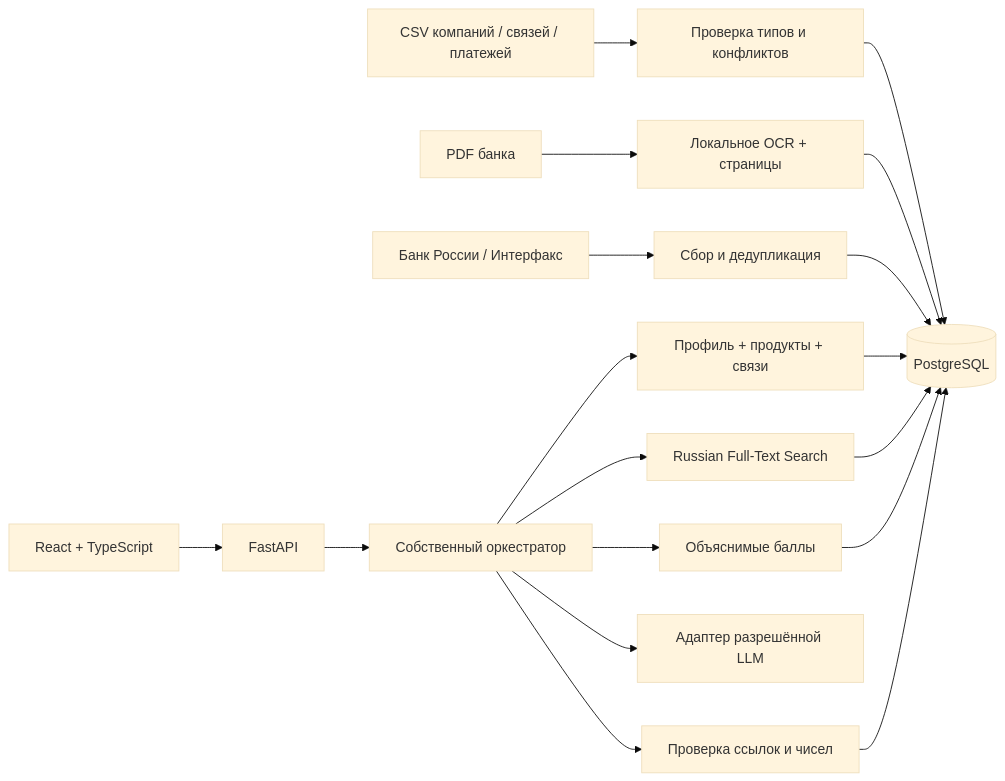
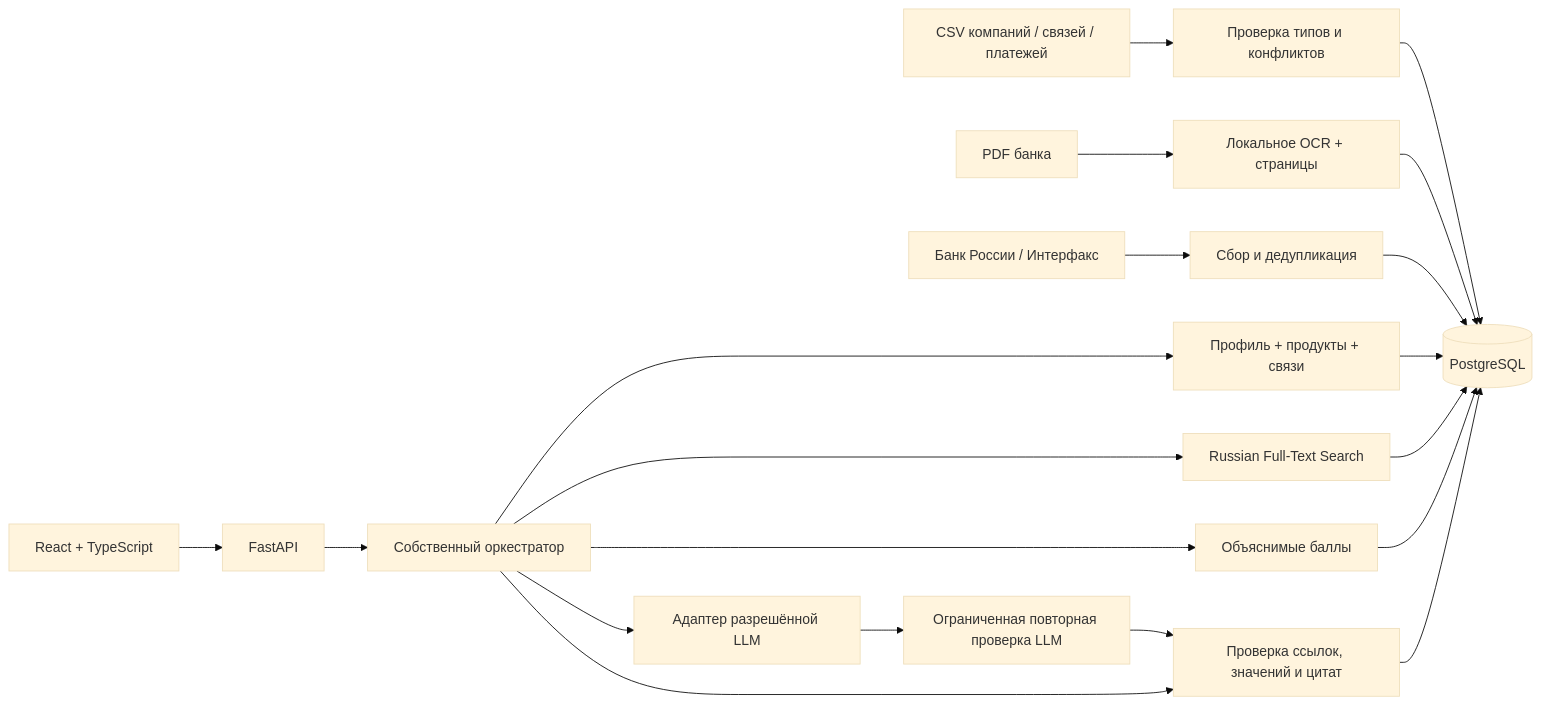
One commit to OG1221/alfa-insight changed the diagram in README.md. Above: the diagram before and after it, drawn with Mermaid (base theme). The commit also changed other lines of this file and 6 other files, not shown here.

````diff
--- a/README.md
+++ b/README.md
@@ -23,20 +25,22 @@
 ```mermaid
 flowchart LR
   UI[React + TypeScript] --> API[FastAPI]
   CSV[CSV компаний / связей / платежей] --> ETL[Проверка типов и конфликтов]
   PDF[PDF банка] --> OCR[Локальное OCR + страницы]
   RSS[Банк России / Интерфакс] --> NEWS[Сбор и дедупликация]
   ETL --> PG[(PostgreSQL)]
   OCR --> PG
   NEWS --> PG
   API --> AGENT[Собственный оркестратор]
   AGENT --> PROFILE[Профиль + продукты + связи]
   AGENT --> SEARCH[Russian Full-Text Search]
   AGENT --> RANK[Объяснимые баллы]
   AGENT --> LLM[Адаптер разрешённой LLM]
   PROFILE --> PG
   SEARCH --> PG
   RANK --> PG
-  AGENT --> CHECK[Проверка ссылок и чисел]
+  LLM --> REVIEW[Ограниченная повторная проверка LLM]
+  REVIEW --> CHECK[Проверка ссылок, значений и цитат]
+  AGENT --> CHECK
   CHECK --> PG
 ```
````
